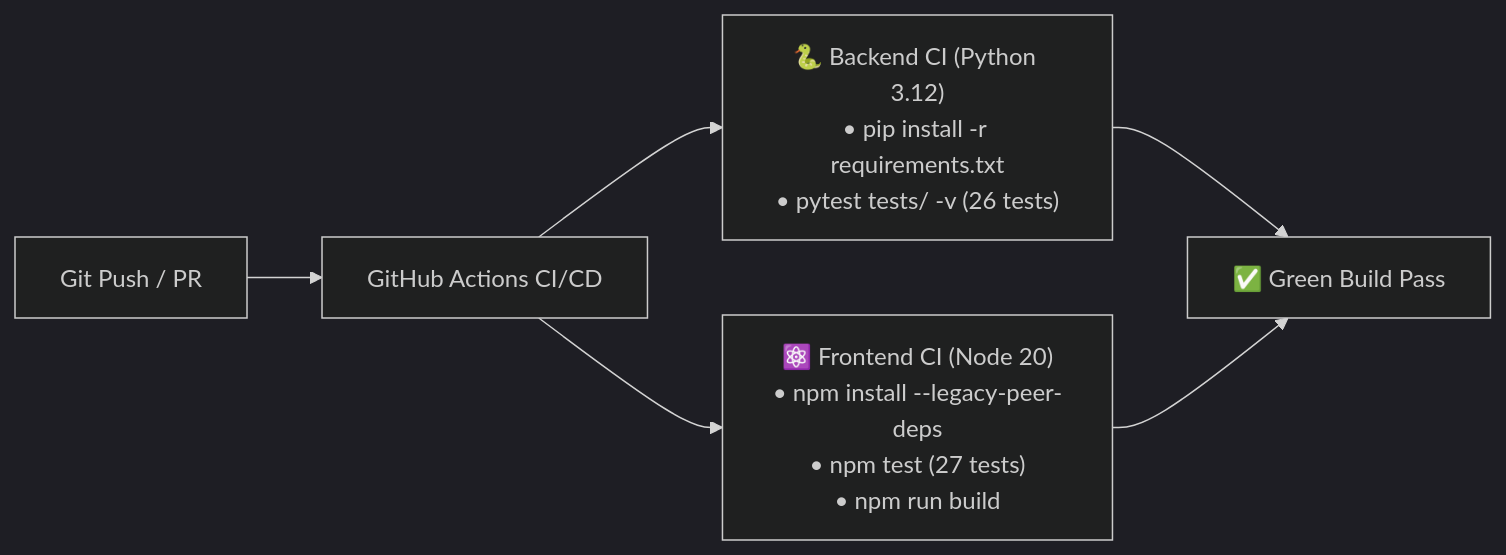
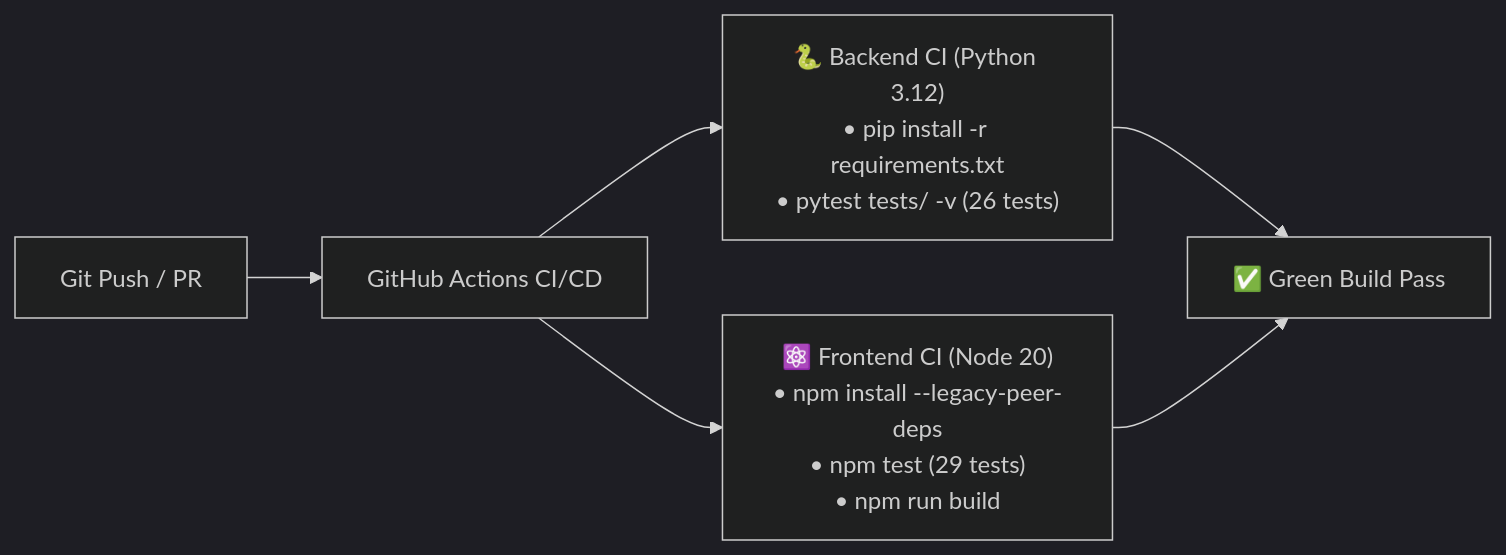
One commit to Arkz-Deepak/agentic-supply-chain changed the second of 2 diagrams in README.md. Above: the diagram before and after it, drawn with Mermaid (dark theme). The commit also changed other lines of this file and 3 other files, not shown here.

Commit message:
docs: update README with dynamic standby, Chennai Port default, 55 tests, and add ARCHITECTURE, API, and PITCH_DEMO_GUIDE docs

````diff
--- a/README.md
+++ b/README.md
@@ -269,8 +247,13 @@
 ```mermaid
 flowchart LR
     Push["Git Push / PR"] --> CI["GitHub Actions CI/CD"]
-    CI --> Job1["🐍 Backend CI (Python 3.12)\n• pip install -r requirements.txt\n• pytest tests/ -v (26 tests)"]
-    CI --> Job2["⚛️ Frontend CI (Node 20)\n• npm install --legacy-peer-deps\n• npm test (27 tests)\n• npm run build"]
+    CI --> Job1["🐍 Backend CI (Python 3.12)
+• pip install -r requirements.txt
+• pytest tests/ -v (26 tests)"]
+    CI --> Job2["⚛️ Frontend CI (Node 20)
+• npm install --legacy-peer-deps
+• npm test (29 tests)
+• npm run build"]
     Job1 --> Merge["✅ Green Build Pass"]
     Job2 --> Merge
 ```
````
